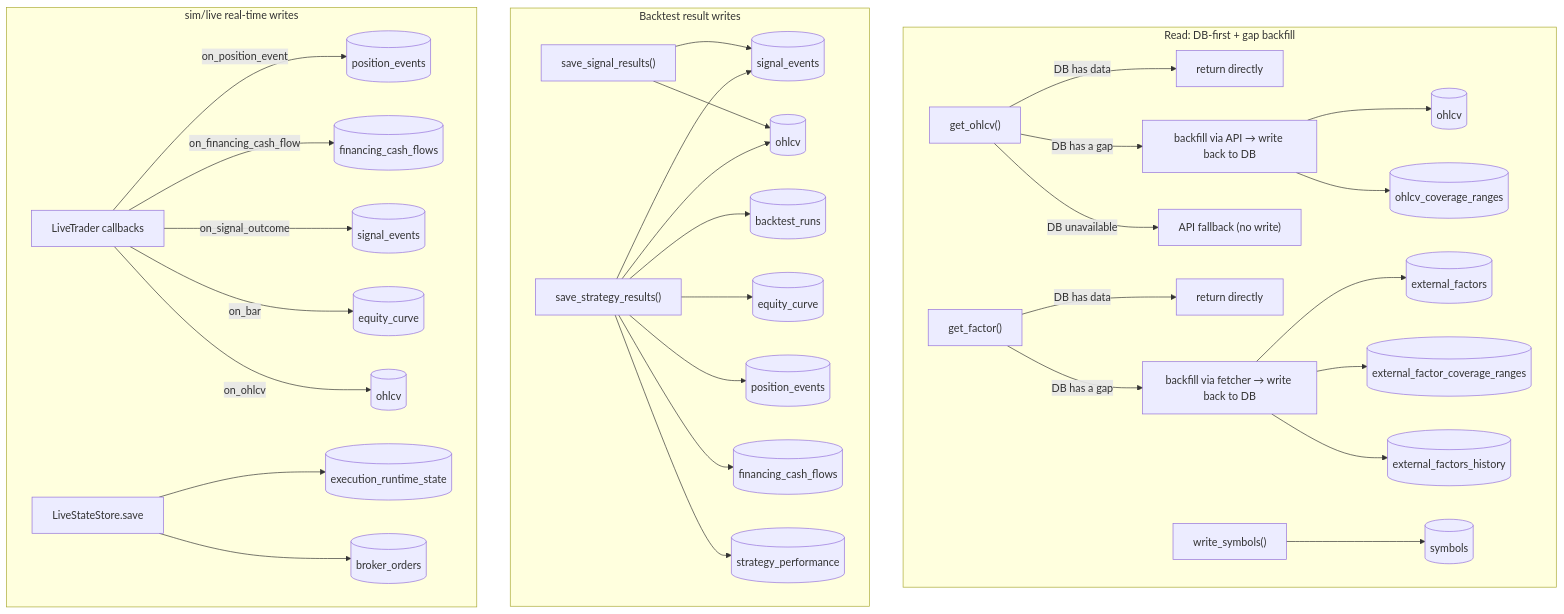
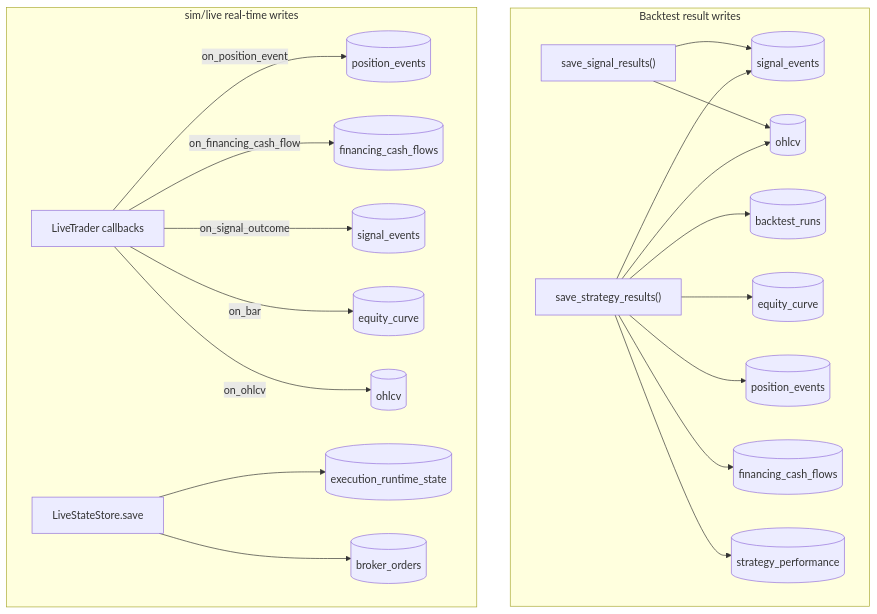
The diagram in architecture.md (awwesomeman/librae), drawn with Mermaid before and after one commit. The commit also changed other lines of this file and 13 other files, not shown here.

````diff
--- a/architecture.md
+++ b/architecture.md
@@ -749,41 +740,25 @@
 ```mermaid
 flowchart TD
-    subgraph read["Read: DB-first + gap backfill"]
-        get_ohlcv["get_ohlcv()"] -- "DB has data" --> direct1["return directly"]
-        get_ohlcv -- "DB has a gap" --> apifill["backfill via API → write back to DB"]
-        get_ohlcv -- "DB unavailable" --> fallback["API fallback (no write)"]
-        apifill --> r_ohlcv[("ohlcv")]
-        apifill --> r_ohlcv_cov[("ohlcv_coverage_ranges")]
-
-        get_factor["get_factor()"] -- "DB has data" --> direct2["return directly"]
-        get_factor -- "DB has a gap" --> factorfill["backfill via fetcher → write back to DB"]
-        factorfill --> r_factors[("external_factors")]
-        factorfill --> r_factor_cov[("external_factor_coverage_ranges")]
-        factorfill --> r_factor_hist[("external_factors_history")]
-
-        sync_symbols["write_symbols()"] --> r_symbols[("symbols")]
-    end
-
     subgraph backtest["Backtest result writes"]
         save_signal["save_signal_results()"] --> b_signal_events[("signal_events")]
         save_signal --> b_ohlcv[("ohlcv")]
 
         save_strategy["save_strategy_results()"] --> b_backtest_runs[("backtest_runs")]
         save_strategy --> b_equity_curve[("equity_curve")]
         save_strategy --> b_position_events[("position_events")]
         save_strategy --> b_funding[("financing_cash_flows")]
         save_strategy --> b_strategy_perf[("strategy_performance")]
         save_strategy --> b_signal_events
         save_strategy --> b_ohlcv
     end
 
     subgraph live["sim/live real-time writes"]
         callbacks["LiveTrader callbacks"] -- on_position_event --> l_position_events[("position_events")]
         callbacks -- on_financing_cash_flow --> l_funding[("financing_cash_flows")]
         callbacks -- on_signal_outcome --> l_signal_events[("signal_events")]
         callbacks -- on_bar --> l_equity_curve[("equity_curve")]
         callbacks -- on_ohlcv --> l_ohlcv[("ohlcv")]
         checkpoint["LiveStateStore.save"] --> l_runtime[("execution_runtime_state")]
         checkpoint --> l_orders[("broker_orders")]
     end
 ```
````
